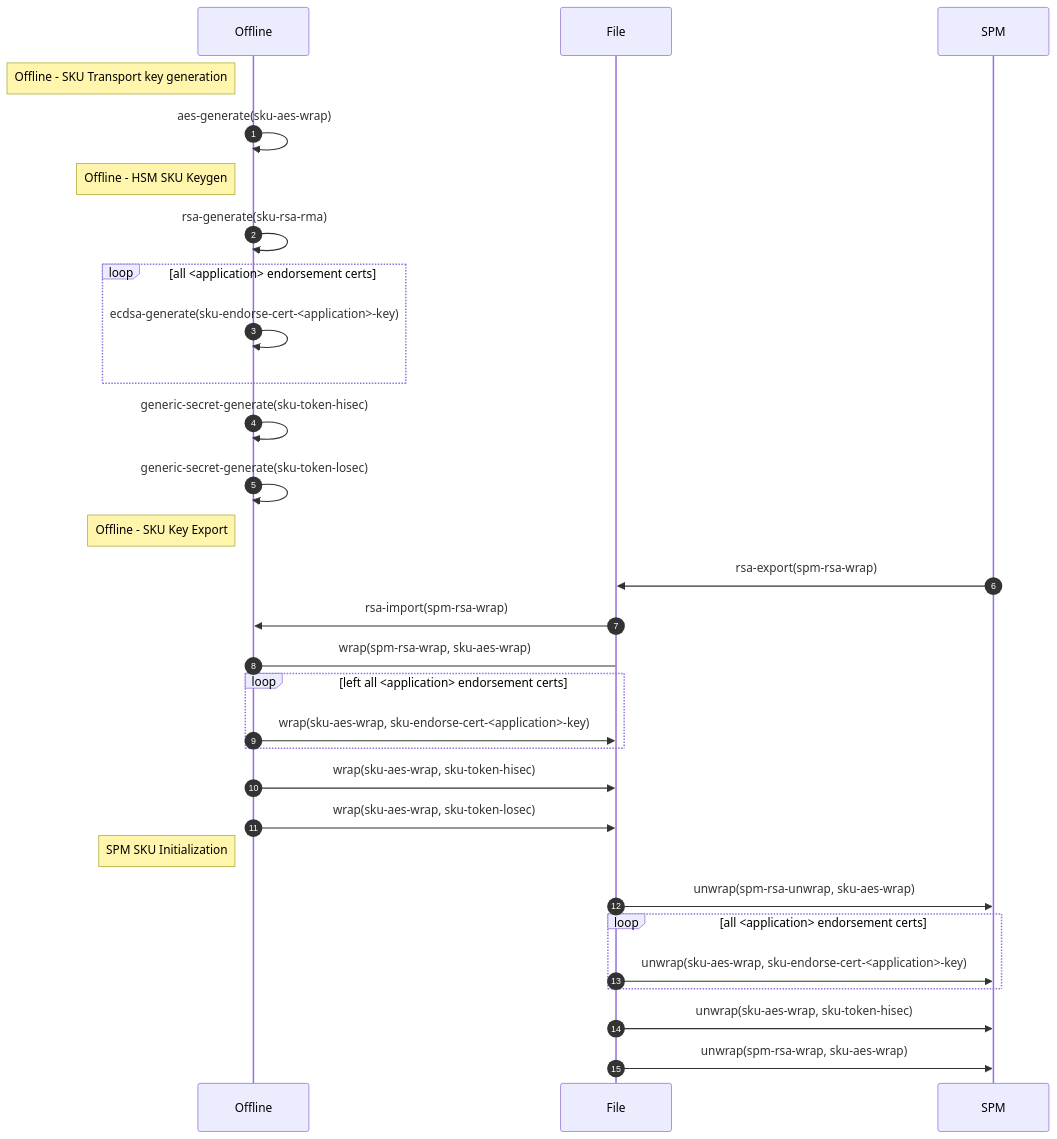
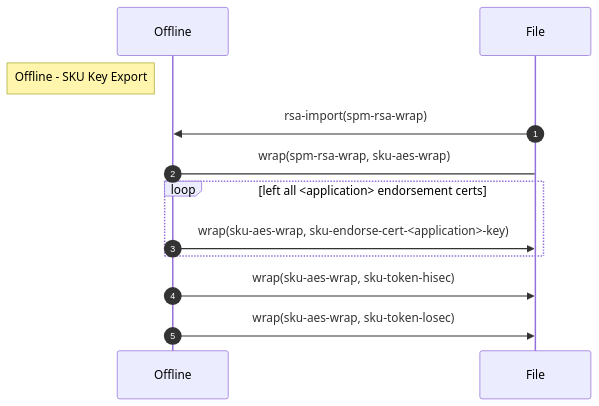
Before and after one commit to timothytrippel/opentitan-provisioning: the third of 4 diagrams in docs/hsm.md, drawn with Mermaid. The commit also changed other lines of this file and 2 other files, not shown here.

First line of the commit message:
[hsm] Document HSM configuration flow.

````diff
--- a/docs/hsm.md
+++ b/docs/hsm.md
@@ -75,41 +188,17 @@
 ```mermaid
 sequenceDiagram
     participant Offline
     participant File
-    participant SPM
     autonumber
 
-    note left of Offline: Offline - SKU Transport key generation
-    Offline->>Offline: aes-generate(sku-aes-wrap)
-
-    note left of Offline: Offline - HSM SKU Keygen
-    Offline->>Offline: rsa-generate(sku-rsa-rma)
-
-    loop all <application> endorsement certs
-        Offline->>Offline: ecdsa-generate(sku-endorse-cert-<application>-key)
-    end
-
-    Offline->>Offline: generic-secret-generate(sku-token-hisec)
-    Offline->>Offline: generic-secret-generate(sku-token-losec)
-
     note left of Offline: Offline - SKU Key Export
-    SPM->>File: rsa-export(spm-rsa-wrap)
     File->>Offline: rsa-import(spm-rsa-wrap)
     Offline->File: wrap(spm-rsa-wrap, sku-aes-wrap)
 
     loop left all <application> endorsement certs
         Offline->>File: wrap(sku-aes-wrap, sku-endorse-cert-<application>-key)
     end
 
     Offline->>File: wrap(sku-aes-wrap, sku-token-hisec)
     Offline->>File: wrap(sku-aes-wrap, sku-token-losec)
-
-    note left of Offline: SPM SKU Initialization
-    File->>SPM: unwrap(spm-rsa-unwrap, sku-aes-wrap)
-    loop all <application> endorsement certs
-        File->>SPM: unwrap(sku-aes-wrap, sku-endorse-cert-<application>-key)
-    end
-
-    File->>SPM: unwrap(sku-aes-wrap, sku-token-hisec)
-    File->>SPM: unwrap(spm-rsa-wrap, sku-aes-wrap)
 ```
````
